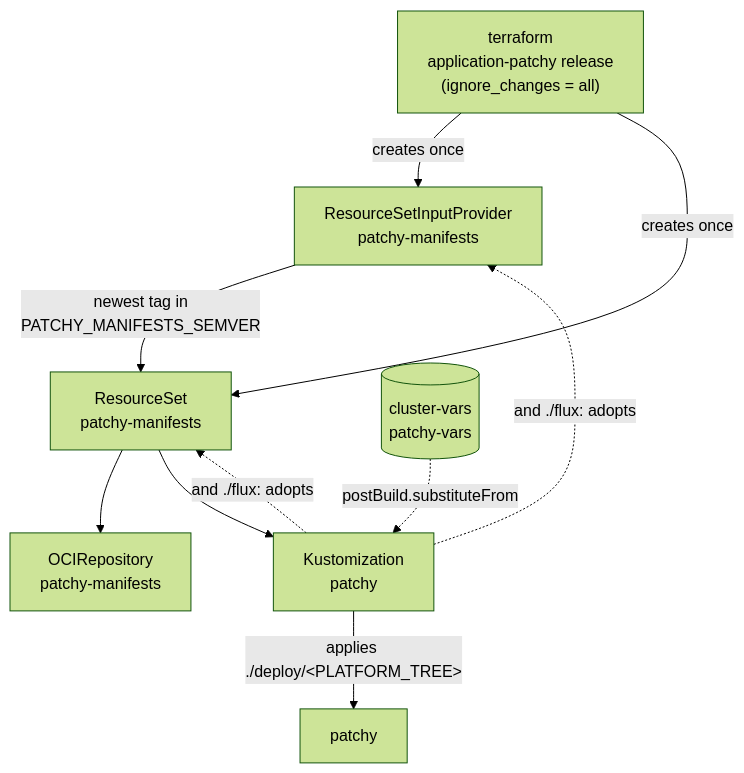
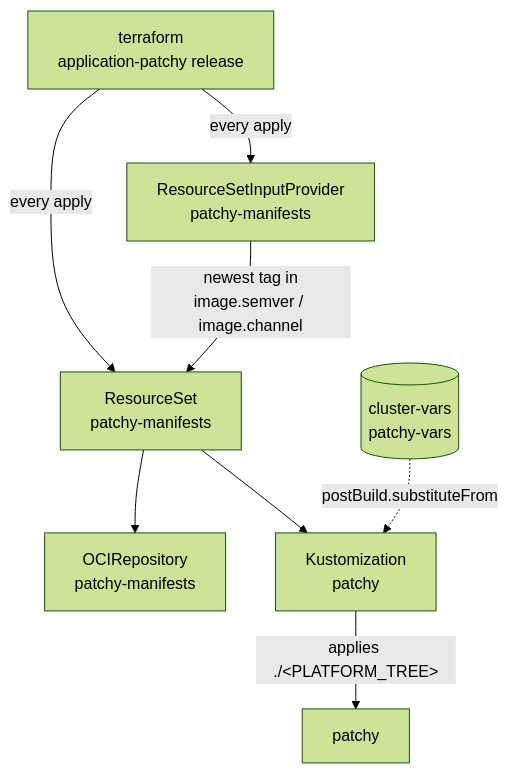
Before and after one commit to bitwise-media-group/patchy-app-manifests: the diagram in docs/concepts/seed-contract.md, drawn with Mermaid (forest theme). The commit also changed other lines of this file and 49 other files, not shown here.

````diff
--- a/docs/concepts/seed-contract.md
+++ b/docs/concepts/seed-contract.md
@@ -16,15 +17,14 @@
 ```mermaid
 flowchart TD
-  seed["terraform<br/>application-patchy release<br/>(ignore_changes = all)"]
+  seed["terraform<br/>application-patchy release"]
   rsip["ResourceSetInputProvider<br/>patchy-manifests"]
   rs["ResourceSet<br/>patchy-manifests"]
   oci["OCIRepository<br/>patchy-manifests"]
   ks["Kustomization<br/>patchy"]
   vars[("cluster-vars<br/>patchy-vars")]
-  seed -- "creates once" --> rsip & rs
-  rsip -- "newest tag in<br/>PATCHY_MANIFESTS_SEMVER" --> rs
+  seed -- "every apply" --> rsip & rs
+  rsip -- "newest tag in<br/>image.semver / image.channel" --> rs
   rs --> oci & ks
-  ks -- "applies ./deploy/&lt;PLATFORM_TREE&gt;" --> app["patchy"]
-  ks -. "and ./flux: adopts" .-> rsip & rs
+  ks -- "applies ./&lt;PLATFORM_TREE&gt;" --> app["patchy"]
   vars -. "postBuild.substituteFrom" .-> ks
 ```
````
